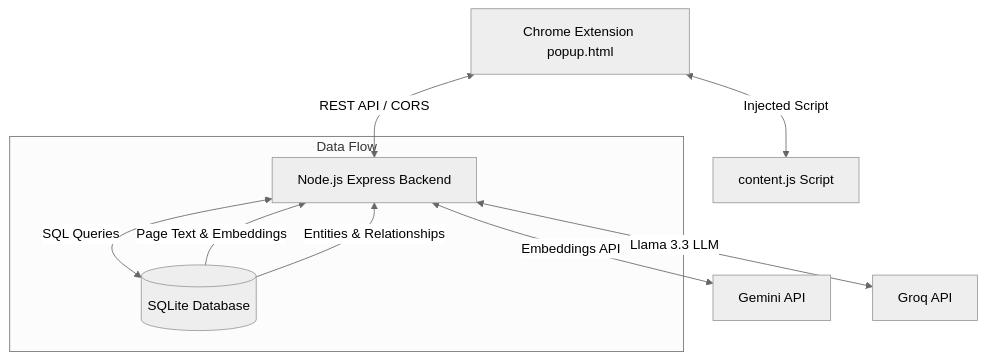
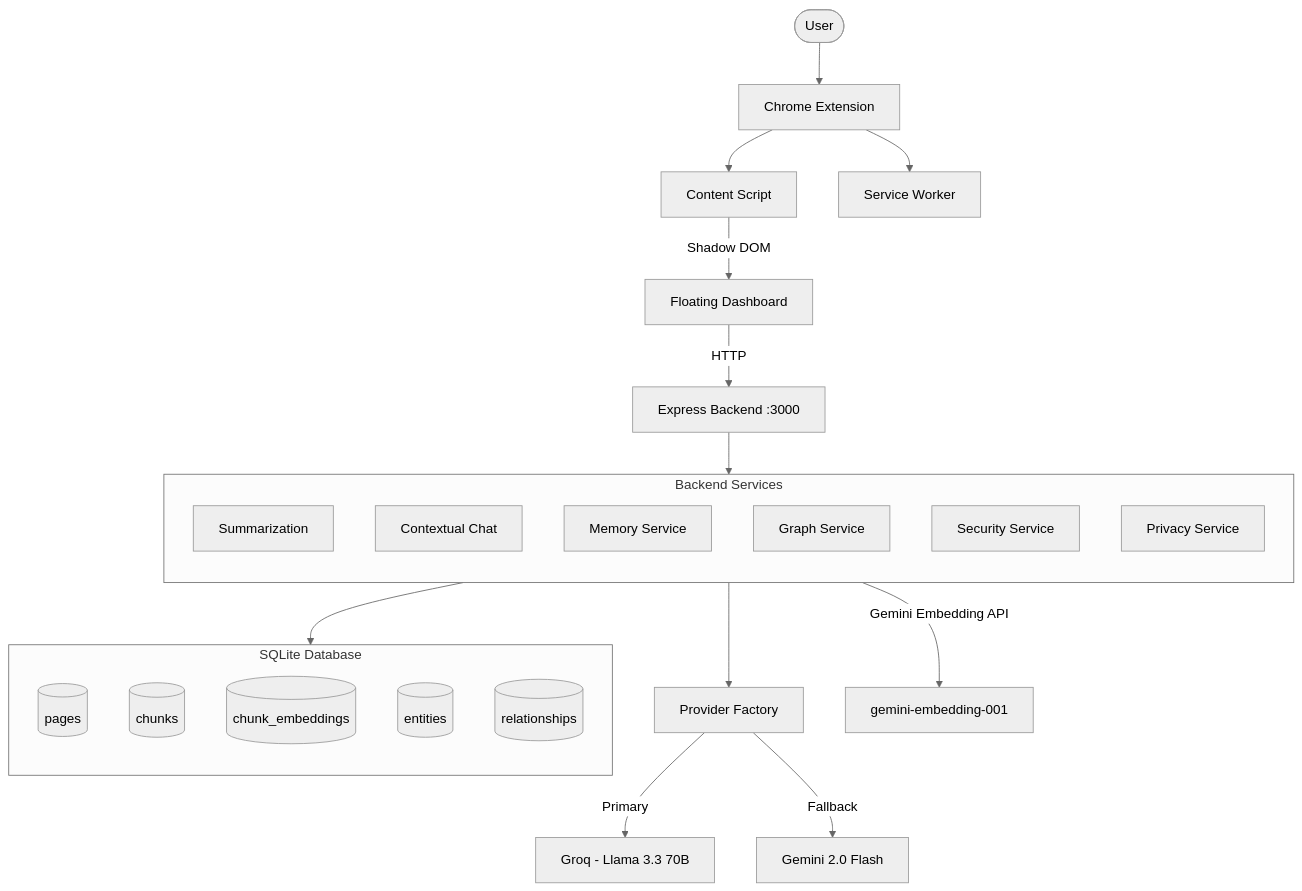
The first of 4 diagrams in README.md (Koushik-31368/mindmesh-project), drawn with Mermaid (neutral theme) before and after one commit. The commit also changed other lines of this file and 3 other files, not shown here.

Commit message:
docs: finalize README with Mermaid diagrams, add LICENSE, update demo script and gitignore

````diff
--- a/README.md
+++ b/README.md
@@ -9,13 +35,37 @@
 ```mermaid
-graph TD
-    CE[Chrome Extension popup.html] <--> |REST API / CORS| BE[Node.js Express Backend]
-    CE <--> |Injected Script| CS[content.js Script]
-    BE <--> |SQL Queries| DB[(SQLite Database)]
-    BE <--> |Embeddings API| GEMINI[Gemini API]
-    BE <--> |Llama 3.3 LLM| GROQ[Groq API]
-    
-    subgraph Data Flow
-        DB --> |Page Text & Embeddings| BE
-        DB --> |Entities & Relationships| BE
+flowchart TD
+    User([User]) --> Ext[Chrome Extension]
+    Ext --> CS[Content Script]
+    CS -->|Shadow DOM| Popup[Floating Dashboard]
+    Ext --> BG[Service Worker]
+
+    Popup -->|HTTP| Backend[Express Backend :3000]
+
+    subgraph Backend_Services [Backend Services]
+        direction TB
+        Summ[Summarization]
+        Chat[Contextual Chat]
+        Mem[Memory Service]
+        Graph[Graph Service]
+        Sec[Security Service]
+        Priv[Privacy Service]
     end
+
+    Backend --> Backend_Services
+
+    Backend_Services --> Factory[Provider Factory]
+    Factory -->|Primary| Groq[Groq - Llama 3.3 70B]
+    Factory -->|Fallback| Gemini[Gemini 2.0 Flash]
+
+    subgraph Storage [SQLite Database]
+        direction TB
+        Pages[(pages)]
+        Chunks[(chunks)]
+        Embeddings[(chunk_embeddings)]
+        Entities[(entities)]
+        Relations[(relationships)]
+    end
+
+    Backend_Services --> Storage
+    Mem -->|Gemini Embedding API| EmbAPI[gemini-embedding-001]
 ```
````
